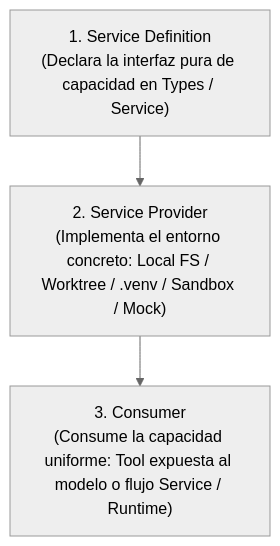
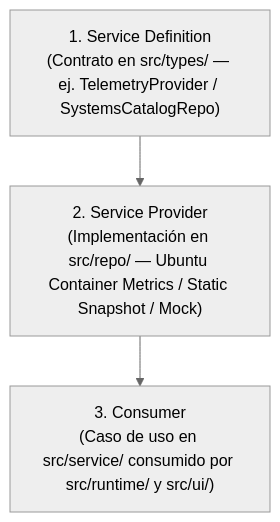
One commit to sebasD-mente/sebastian-web-Portafolio changed the second of 2 diagrams in ARCHITECTURE.md. Above: the diagram before and after it, drawn with Mermaid (neutral theme). The commit also changed other lines of this file and 9 other files, not shown here.

Commit message:
docs(arch): define dekolabs.org Stitch architecture and 6-feature DAG roadmap

````diff
--- a/ARCHITECTURE.md
+++ b/ARCHITECTURE.md
@@ -76,5 +74,5 @@
 ```mermaid
 flowchart TD
-    Def["1. Service Definition<br/>(Declara la interfaz pura de capacidad en Types / Service)"] --> Prov["2. Service Provider<br/>(Implementa el entorno concreto: Local FS / Worktree / .venv / Sandbox / Mock)"]
-    Prov --> Cons["3. Consumer<br/>(Consume la capacidad uniforme: Tool expuesta al modelo o flujo Service / Runtime)"]
+    Def["1. Service Definition<br/>(Contrato en src/types/ — ej. TelemetryProvider / SystemsCatalogRepo)"] --> Prov["2. Service Provider<br/>(Implementación en src/repo/ — Ubuntu Container Metrics / Static Snapshot / Mock)"]
+    Prov --> Cons["3. Consumer<br/>(Caso de uso en src/service/ consumido por src/runtime/ y src/ui/)"]
 ```
````
